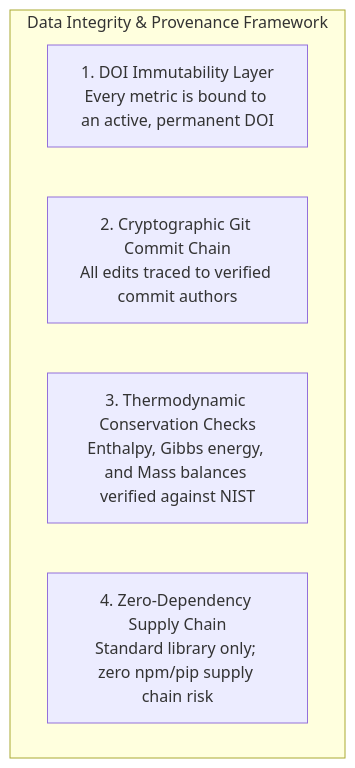
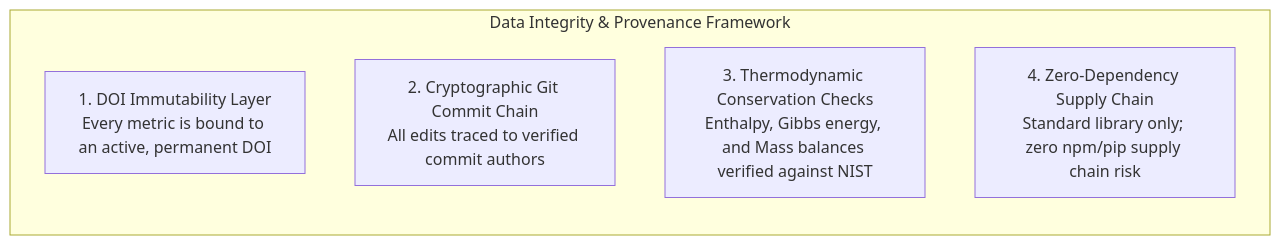
Before and after one commit to L9G9N0/IP-: the diagram in SECURITY.md, drawn with Mermaid. The commit also changed other lines of this file and 68 other files, not shown here.

````diff
--- a/SECURITY.md
+++ b/SECURITY.md
@@ -27,9 +47,10 @@
 ```mermaid
 flowchart TD
     subgraph DataIntegrity["Data Integrity & Provenance Framework"]
+        direction TB
         I1["1. DOI Immutability Layer<br/>Every metric is bound to an active, permanent DOI"]
         I2["2. Cryptographic Git Commit Chain<br/>All edits traced to verified commit authors"]
         I3["3. Thermodynamic Conservation Checks<br/>Enthalpy, Gibbs energy, and Mass balances verified against NIST"]
         I4["4. Zero-Dependency Supply Chain<br/>Standard library only; zero npm/pip supply chain risk"]
     end
 ```
````
